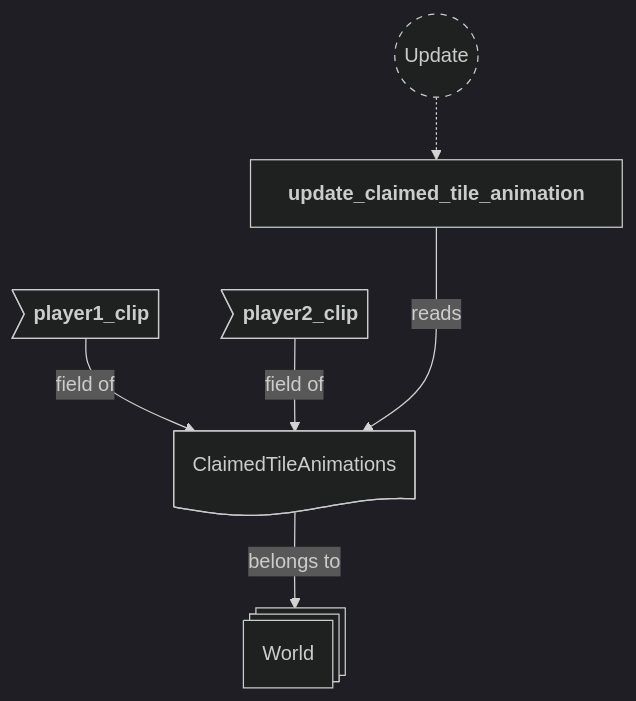
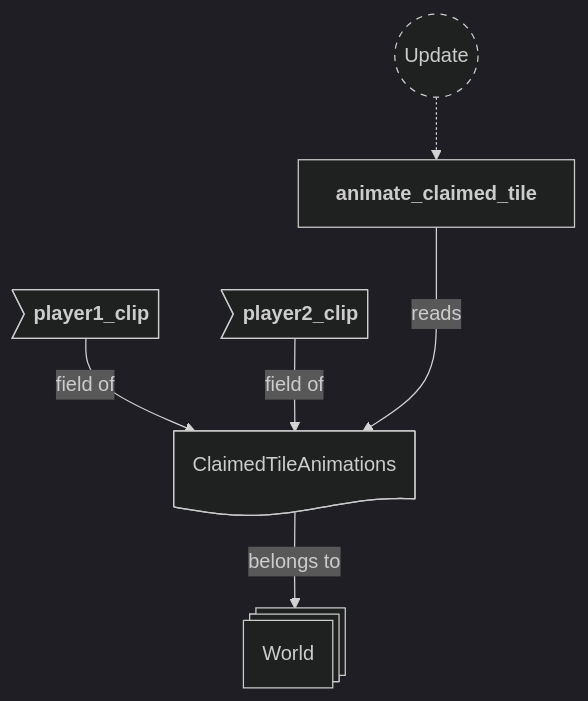
One commit to neurosoup/tyled changed diagram 11 of 24 in backlog/docs/doc-5 - 004-Animations-plugin.md. Above: the diagram before and after it, drawn with Mermaid. The commit also changed other lines of this file and 4 other files, not shown here.

````diff
--- a/backlog/docs/doc-5 - 004-Animations-plugin.md
+++ b/backlog/docs/doc-5 - 004-Animations-plugin.md
@@ -435,26 +435,26 @@
 ```mermaid
 ---
 config:
   theme: dark
 ---
 
 flowchart TD
 classDef system-group stroke-dasharray: 5 5
 
 update(("`Update`")):::system-group
-update_claimed_tile_animation["`**update_claimed_tile_animation**`"]
+animate_claimed_tile["`**animate_claimed_tile**`"]
 
-update -.-> update_claimed_tile_animation
+update -.-> animate_claimed_tile
 
 world@{ shape: st-rect, label: "World" }
 ct_anims_res@{ shape: doc, label: "ClaimedTileAnimations" }
 
 ct_anims_player1>"`**player1_clip**`"]
 ct_anims_player2>"`**player2_clip**`"]
 
 ct_anims_res --> |belongs to| world
 ct_anims_player1 --> |field of| ct_anims_res
 ct_anims_player2 --> |field of| ct_anims_res
 
-update_claimed_tile_animation ---> |reads| ct_anims_res
+animate_claimed_tile ---> |reads| ct_anims_res
 ```
````
